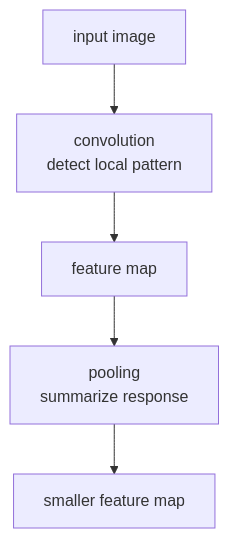
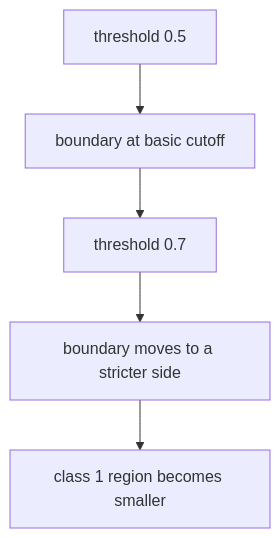
The third of 3 diagrams in docs/parts/part-04/chapter-11/section-02.md (devchan64/AiBook), drawn with Mermaid before and after one commit. The commit also changed other lines of this file and 213 other files, not shown here.

````diff
--- a/docs/parts/part-04/chapter-11/section-02.md
+++ b/docs/parts/part-04/chapter-11/section-02.md
@@ -439,13 +218,10 @@
 ```mermaid
 flowchart TD
-  A["input image"]
-  B["convolution<br/>detect local pattern"]
-  C["feature map"]
-  D["pooling<br/>summarize response"]
-  E["smaller feature map"]
+  A["threshold 0.5"]
+  B["boundary at basic cutoff"]
+  C["threshold 0.7"]
+  D["boundary moves to a stricter side"]
+  E["class 1 region becomes smaller"]
 
-  A --> B
-  B --> C
-  C --> D
-  D --> E
+  A --> B --> C --> D --> E
 ```
````
